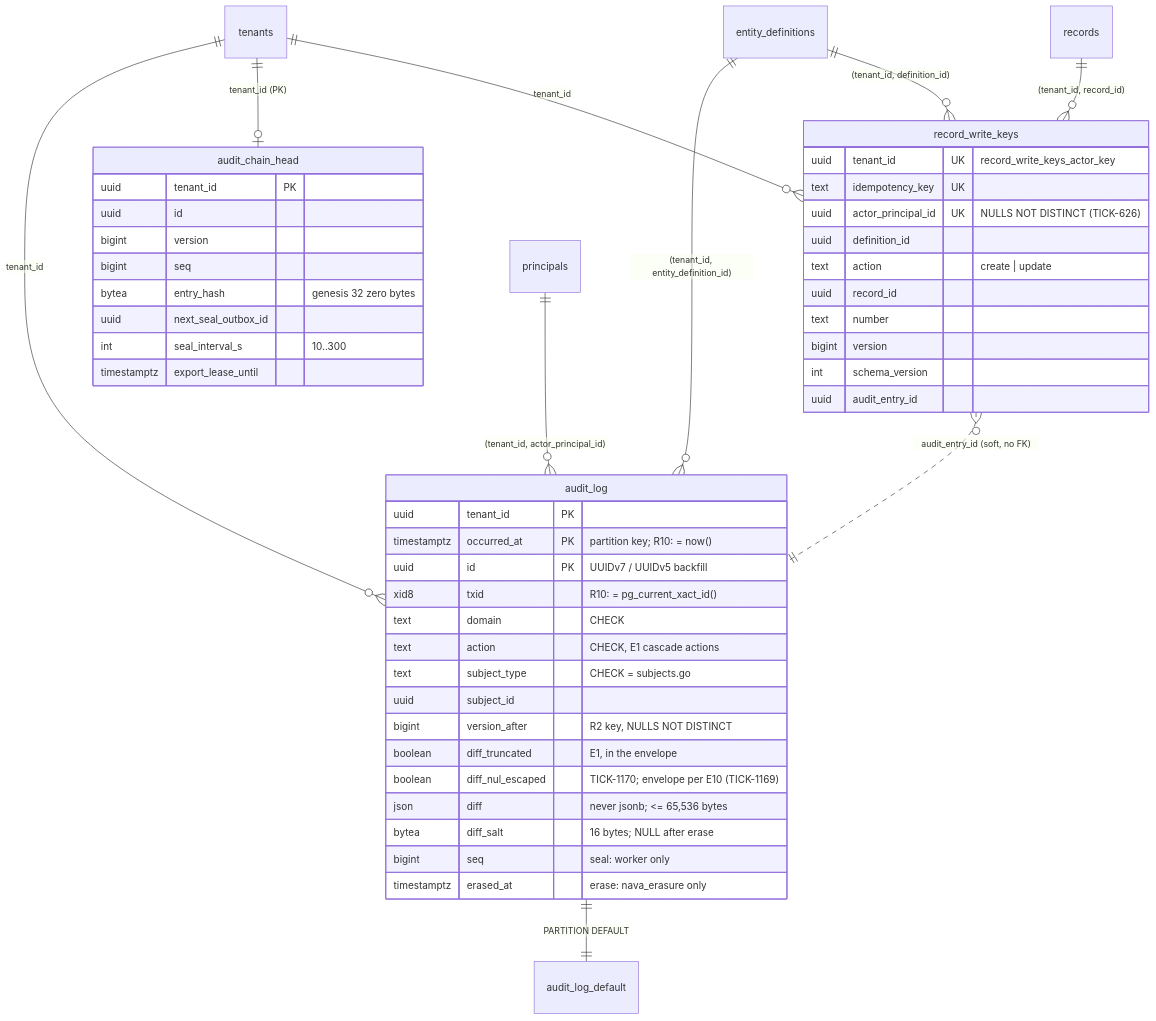
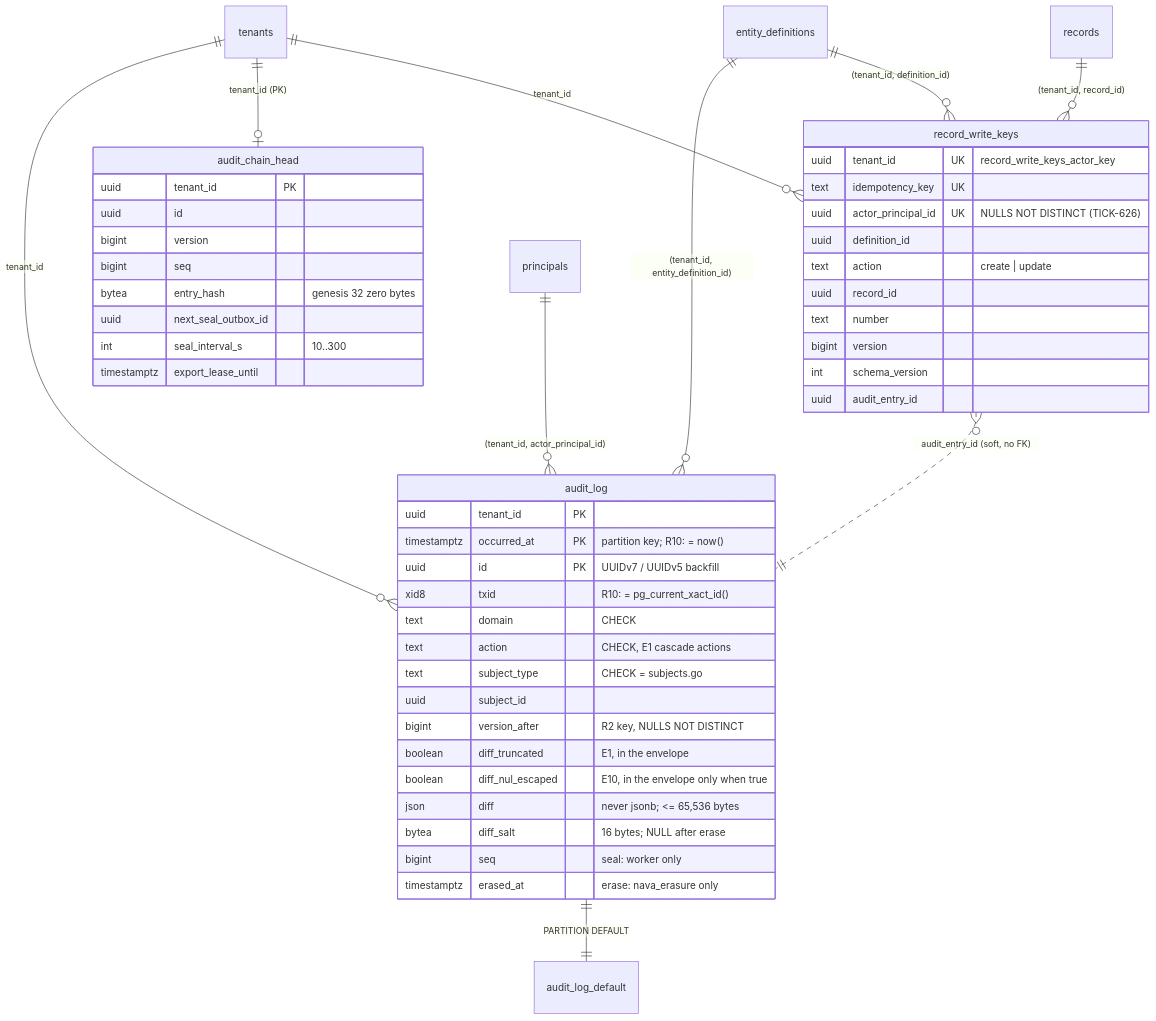
One commit to Navaladi2019/TicketingSystem changed the first of 3 diagrams in docs/data/audit-log.md. Above: the diagram before and after it, drawn with Mermaid. The commit also changed other lines of this file and 73 other files, not shown here.

First line of the commit message:
TICK-1170 step 2: diff_nul_escaped joins the hash envelope (ADR-004-E10)

````diff
--- a/docs/data/audit-log.md
+++ b/docs/data/audit-log.md
@@ -9,51 +9,51 @@
 ```mermaid
 erDiagram
     tenants ||--o{ audit_log : "tenant_id"
     tenants ||--o| audit_chain_head : "tenant_id (PK)"
     tenants ||--o{ record_write_keys : "tenant_id"
     entity_definitions ||--o{ audit_log : "(tenant_id, entity_definition_id)"
     principals ||--o{ audit_log : "(tenant_id, actor_principal_id)"
     records ||--o{ record_write_keys : "(tenant_id, record_id)"
     entity_definitions ||--o{ record_write_keys : "(tenant_id, definition_id)"
     record_write_keys }o..|| audit_log : "audit_entry_id (soft, no FK)"
     audit_log ||--|| audit_log_default : "PARTITION DEFAULT"
     audit_log {
         uuid tenant_id PK
         timestamptz occurred_at PK "partition key; R10: = now()"
         uuid id PK "UUIDv7 / UUIDv5 backfill"
         xid8 txid "R10: = pg_current_xact_id()"
         text domain "CHECK"
         text action "CHECK, E1 cascade actions"
         text subject_type "CHECK = subjects.go"
         uuid subject_id
         bigint version_after "R2 key, NULLS NOT DISTINCT"
         boolean diff_truncated "E1, in the envelope"
-        boolean diff_nul_escaped "TICK-1170; envelope per E10 (TICK-1169)"
+        boolean diff_nul_escaped "E10, in the envelope only when true"
         json diff "never jsonb; <= 65,536 bytes"
         bytea diff_salt "16 bytes; NULL after erase"
         bigint seq "seal: worker only"
         timestamptz erased_at "erase: nava_erasure only"
     }
     audit_chain_head {
         uuid tenant_id PK
         uuid id
         bigint version
         bigint seq
         bytea entry_hash "genesis 32 zero bytes"
         uuid next_seal_outbox_id
         int seal_interval_s "10..300"
         timestamptz export_lease_until
     }
     record_write_keys {
         uuid tenant_id UK "record_write_keys_actor_key"
         text idempotency_key UK
         uuid actor_principal_id UK "NULLS NOT DISTINCT (TICK-626)"
         uuid definition_id
         text action "create | update"
         uuid record_id
         text number
         bigint version
         int schema_version
         uuid audit_entry_id
     }
 ```
````
